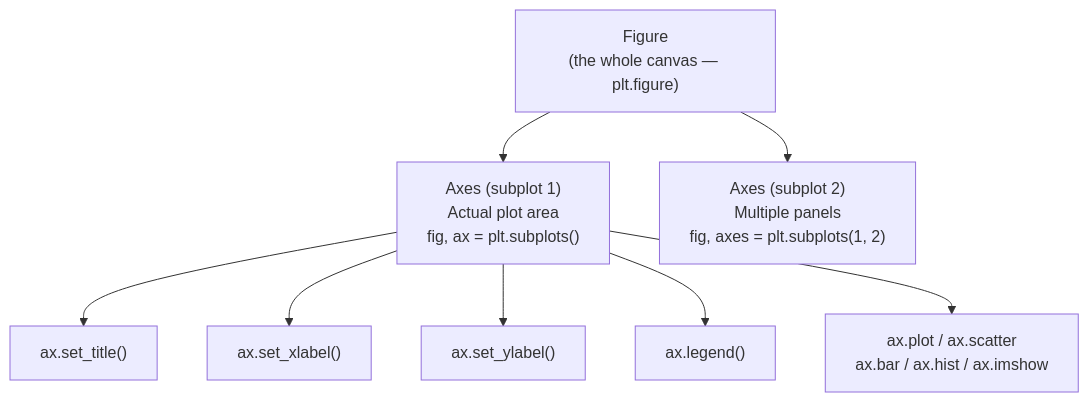
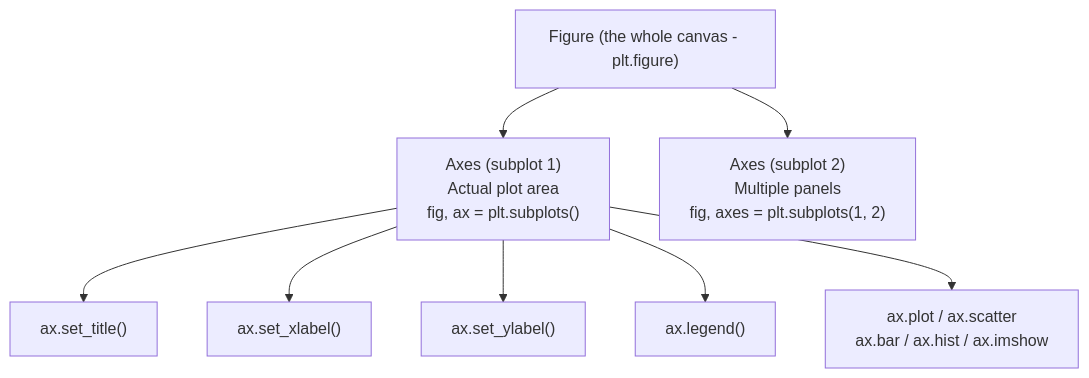
Before and after one commit to codebyshennan/dsai: the diagram in docs/3-data-visualization/3.1-intro-data-viz/matplotlib-basics.md, drawn with Mermaid. The commit also changed 3 other files, not shown here.

First line of the commit message:
fix: resolve Mermaid 11 syntax errors and add evolving dataset to 3.1 data prep lesson

````diff
--- a/docs/3-data-visualization/3.1-intro-data-viz/matplotlib-basics.md
+++ b/docs/3-data-visualization/3.1-intro-data-viz/matplotlib-basics.md
@@ -44,12 +44,12 @@
 ```mermaid
 graph TD
-    FIG["Figure\n(the whole canvas — plt.figure)"]
-    FIG --> AX1["Axes  (subplot 1)\nActual plot area\nfig, ax = plt.subplots()"]
-    FIG --> AX2["Axes  (subplot 2)\nMultiple panels\nfig, axes = plt.subplots(1, 2)"]
+    FIG["Figure (the whole canvas - plt.figure)"]
+    FIG --> AX1["Axes (subplot 1)\nActual plot area\nfig, ax = plt.subplots()"]
+    FIG --> AX2["Axes (subplot 2)\nMultiple panels\nfig, axes = plt.subplots(1, 2)"]
 
     AX1 --> TITLE["ax.set_title()"]
     AX1 --> XLABEL["ax.set_xlabel()"]
     AX1 --> YLABEL["ax.set_ylabel()"]
     AX1 --> LEGEND["ax.legend()"]
     AX1 --> PLOT["ax.plot / ax.scatter\nax.bar / ax.hist / ax.imshow"]
 ```
````
